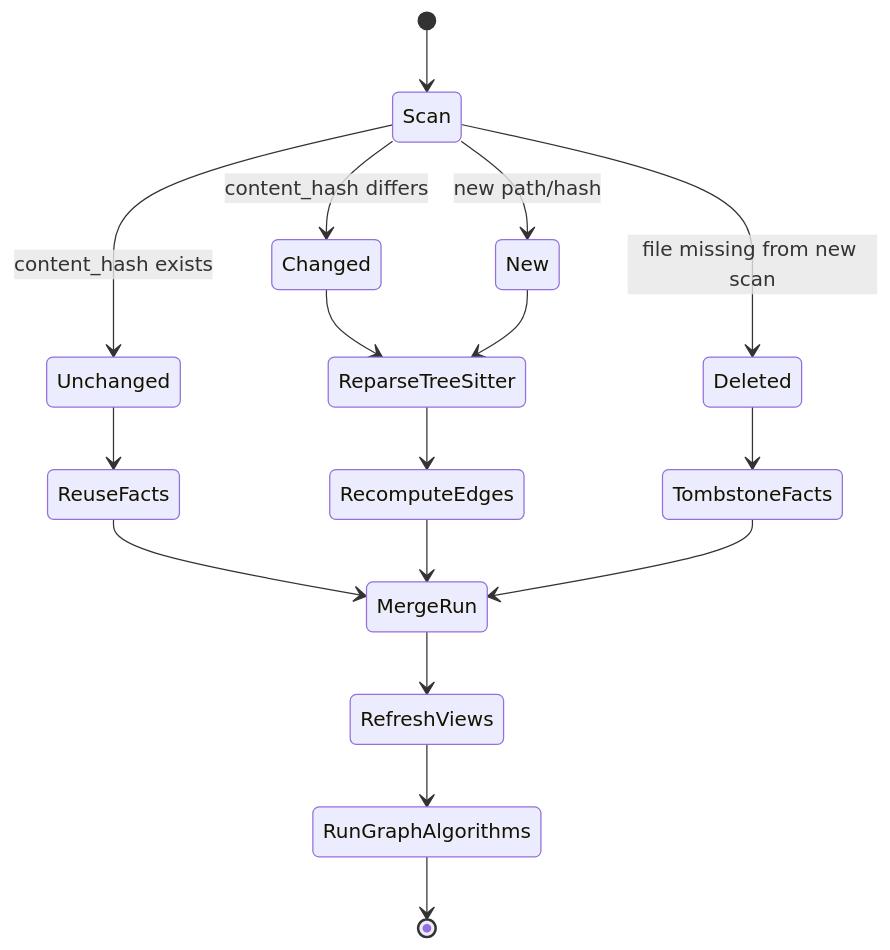
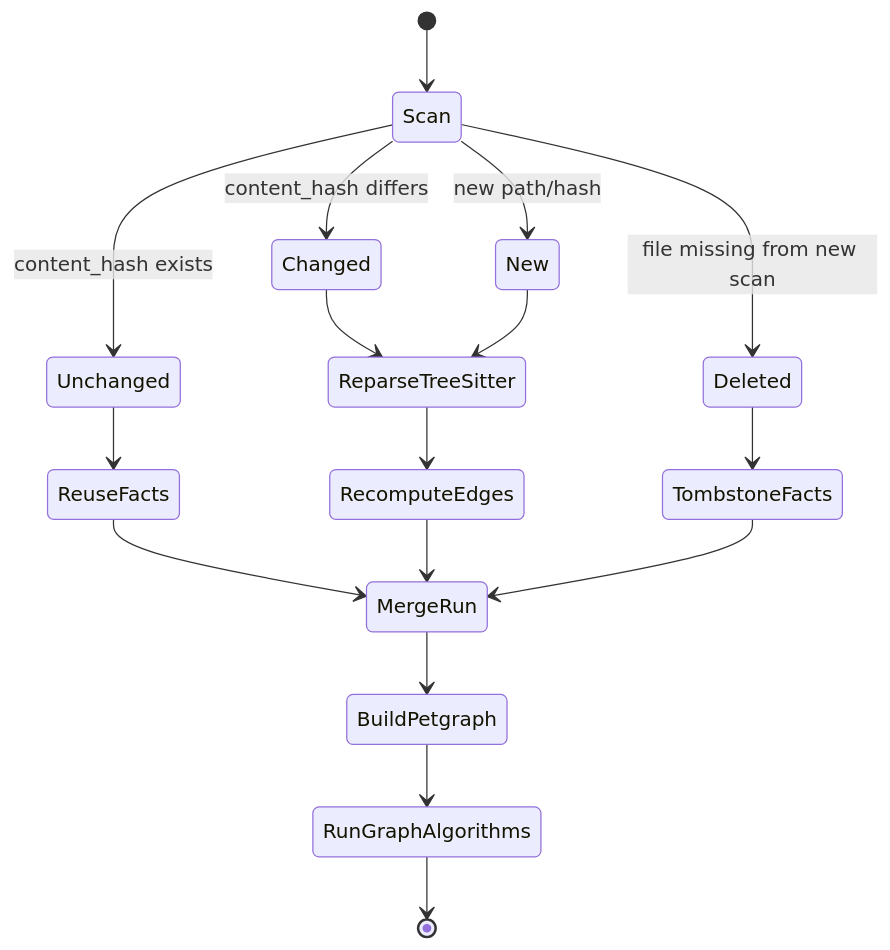
The fourth of 5 diagrams in docs/spur/graphify-rust-duckdb-onager-alternative.md (getspur/spur), drawn with Mermaid before and after one commit. The commit also changed other lines of this file, not shown here.

Commit message:
docs(spur): bd-10d approve minimal graph lane

````diff
--- a/docs/spur/graphify-rust-duckdb-onager-alternative.md
+++ b/docs/spur/graphify-rust-duckdb-onager-alternative.md
@@ -415,21 +424,21 @@
 ```mermaid
 stateDiagram-v2
     [*] --> Scan
     Scan --> Unchanged: content_hash exists
     Scan --> Changed: content_hash differs
     Scan --> Deleted: file missing from new scan
     Scan --> New: new path/hash
 
     Unchanged --> ReuseFacts
     Changed --> ReparseTreeSitter
     New --> ReparseTreeSitter
     Deleted --> TombstoneFacts
 
     ReparseTreeSitter --> RecomputeEdges
     ReuseFacts --> MergeRun
     RecomputeEdges --> MergeRun
     TombstoneFacts --> MergeRun
-    MergeRun --> RefreshViews
-    RefreshViews --> RunGraphAlgorithms
+    MergeRun --> BuildPetgraph
+    BuildPetgraph --> RunGraphAlgorithms
     RunGraphAlgorithms --> [*]
 ```
````
